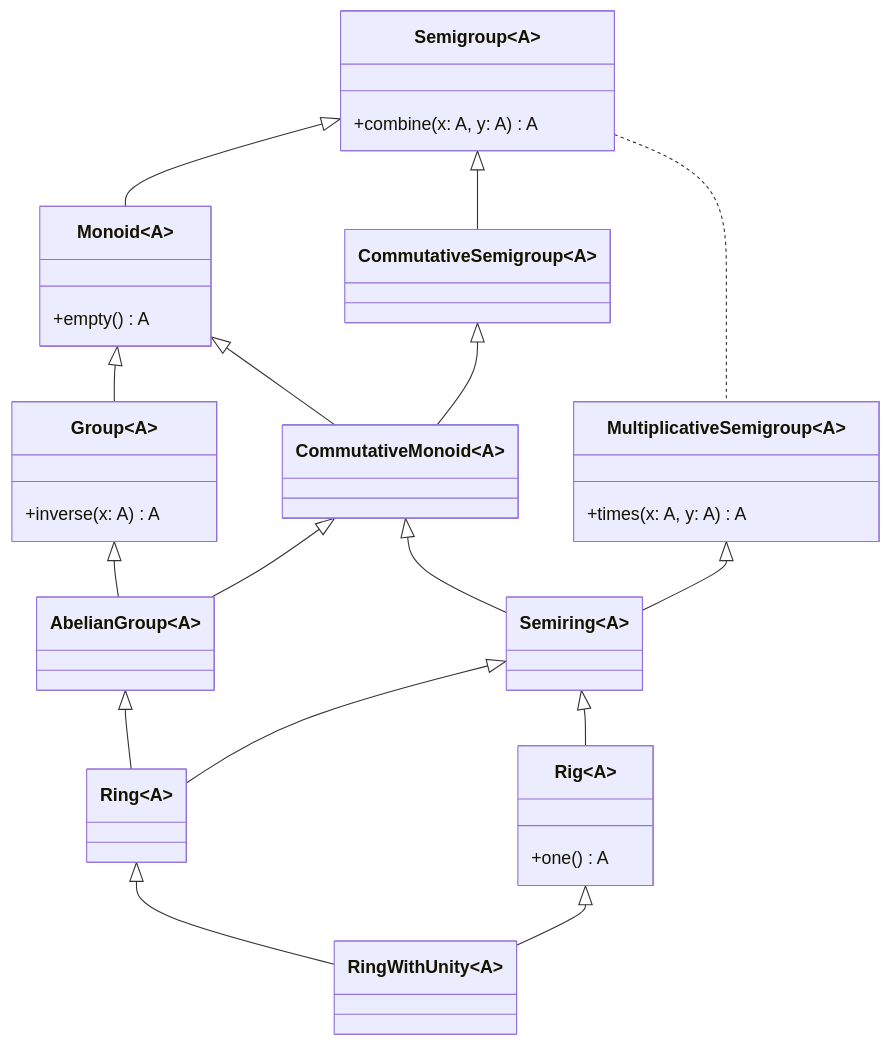
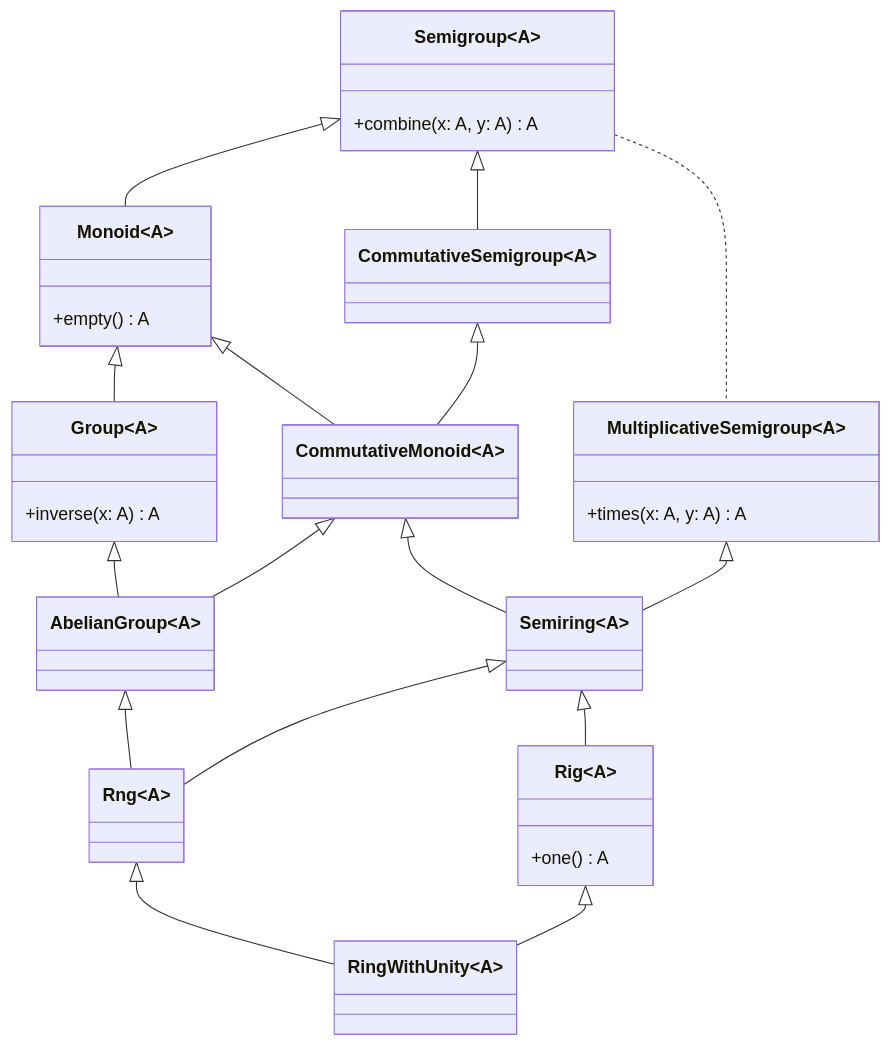
One commit to artemkorsakov/scalabook changed the diagram in docs/typeclass/monoid/ring-with-one.md. Above: the diagram before and after it, drawn with Mermaid. The commit also changed other lines of this file and 8 other files, not shown here.

````diff
--- a/docs/typeclass/monoid/ring-with-one.md
+++ b/docs/typeclass/monoid/ring-with-one.md
@@ -42,39 +43,39 @@
 ```mermaid
 classDiagram
     class Semigroup~A~{
         +combine(x: A, y: A) A
     }  
     class Monoid~A~{
         +empty() A
     }
     Semigroup <|-- Monoid
     class CommutativeSemigroup~A~
     Semigroup <|-- CommutativeSemigroup  
     class Group~A~{
       +inverse(x: A) A
     }  
     Monoid <|-- Group 
     class CommutativeMonoid~A~
     Monoid <|-- CommutativeMonoid
     CommutativeSemigroup <|-- CommutativeMonoid
     class AbelianGroup~A~
     Group <|-- AbelianGroup
     CommutativeMonoid <|-- AbelianGroup
     class Semiring~A~
     CommutativeMonoid <|-- Semiring
     class MultiplicativeSemigroup~A~{
         +times(x: A, y: A) A
     }
     MultiplicativeSemigroup <|-- Semiring
     Semigroup .. MultiplicativeSemigroup
-    class Ring~A~
-    AbelianGroup <|-- Ring
-    Semiring <|-- Ring
+    class Rng~A~
+    AbelianGroup <|-- Rng
+    Semiring <|-- Rng
     class Rig~A~{
         +one() A
     }
     Semiring <|-- Rig
     class RingWithUnity~A~
-    Ring <|-- RingWithUnity
+    Rng <|-- RingWithUnity
     Rig <|-- RingWithUnity
 ```
````
